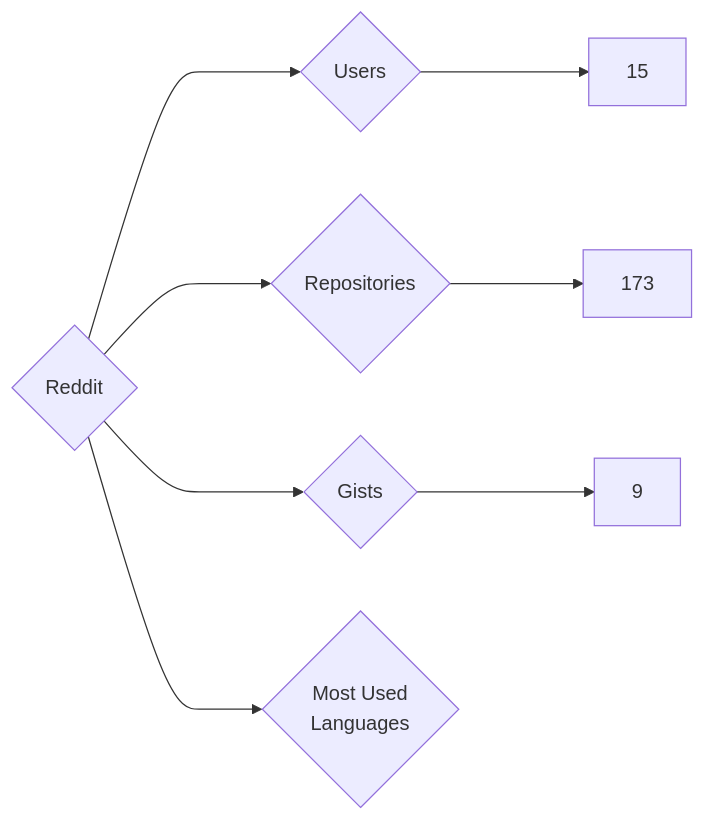
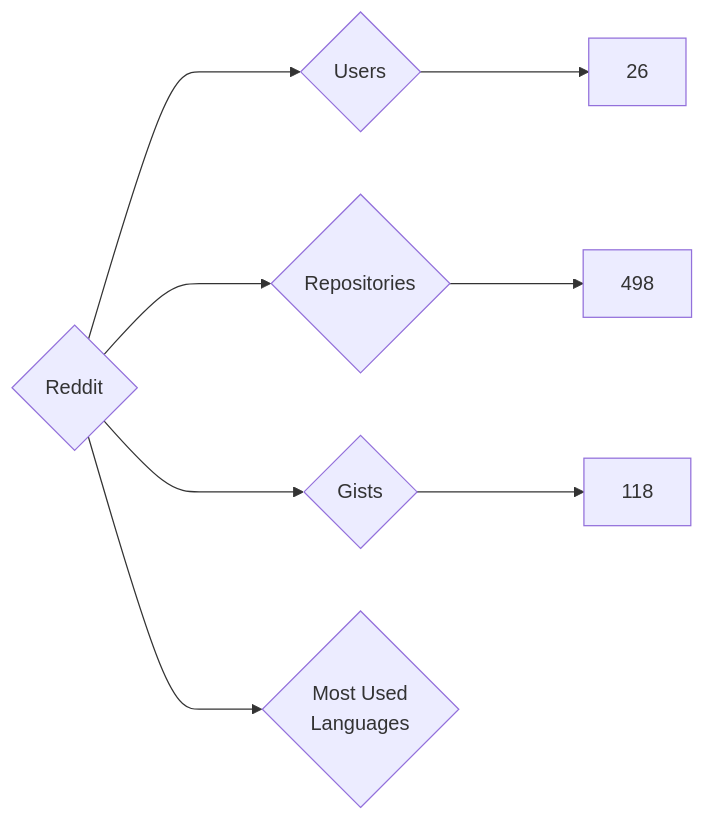
One commit to nenadzaric/insiders changed the diagram in targets/Reddit/README.md. Above: the diagram before and after it, drawn with Mermaid. The commit also changed 1342 other files, not shown here.

````diff
--- a/targets/Reddit/README.md
+++ b/targets/Reddit/README.md
@@ -3,8 +3,8 @@
 ```mermaid
 graph LR
 COMPANY_NAME{Reddit}
-COMPANY_NAME ---> U{Users} ---> UN[15]
-COMPANY_NAME ---> R{Repositories} ---> RN[173]
-COMPANY_NAME ---> G{Gists} ---> GN[9]
+COMPANY_NAME ---> U{Users} ---> UN[26]
+COMPANY_NAME ---> R{Repositories} ---> RN[498]
+COMPANY_NAME ---> G{Gists} ---> GN[118]
 COMPANY_NAME ---> ML{Most Used<br>Languages}
 ```
````
